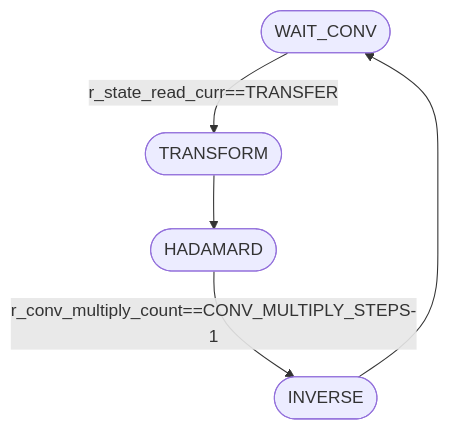
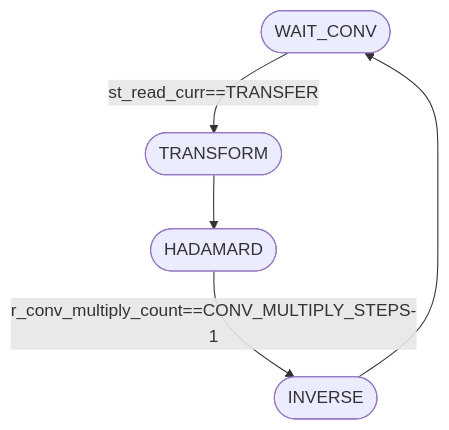
Before and after one commit to tarsioonofrio/FastConv_SystemVerilog: the second of 3 diagrams in rtl/control/README.md, drawn with Mermaid. The commit also changed other lines of this file and 5 other files, not shown here.

````diff
--- a/rtl/control/README.md
+++ b/rtl/control/README.md
@@ -82,7 +82,7 @@
 ```mermaid
 flowchart TB
-    WC(["WAIT_CONV"]) -->|"r_state_read_curr==TRANSFER"| TRANSFORM(["TRANSFORM"])
+    WC(["WAIT_CONV"]) -->|"st_read_curr==TRANSFER"| TRANSFORM(["TRANSFORM"])
     TRANSFORM --> H(["HADAMARD"])
     H -->|"r_conv_multiply_count==CONV_MULTIPLY_STEPS-1"| INVERSE(["INVERSE"])
     INVERSE --> WC
 ```
````
